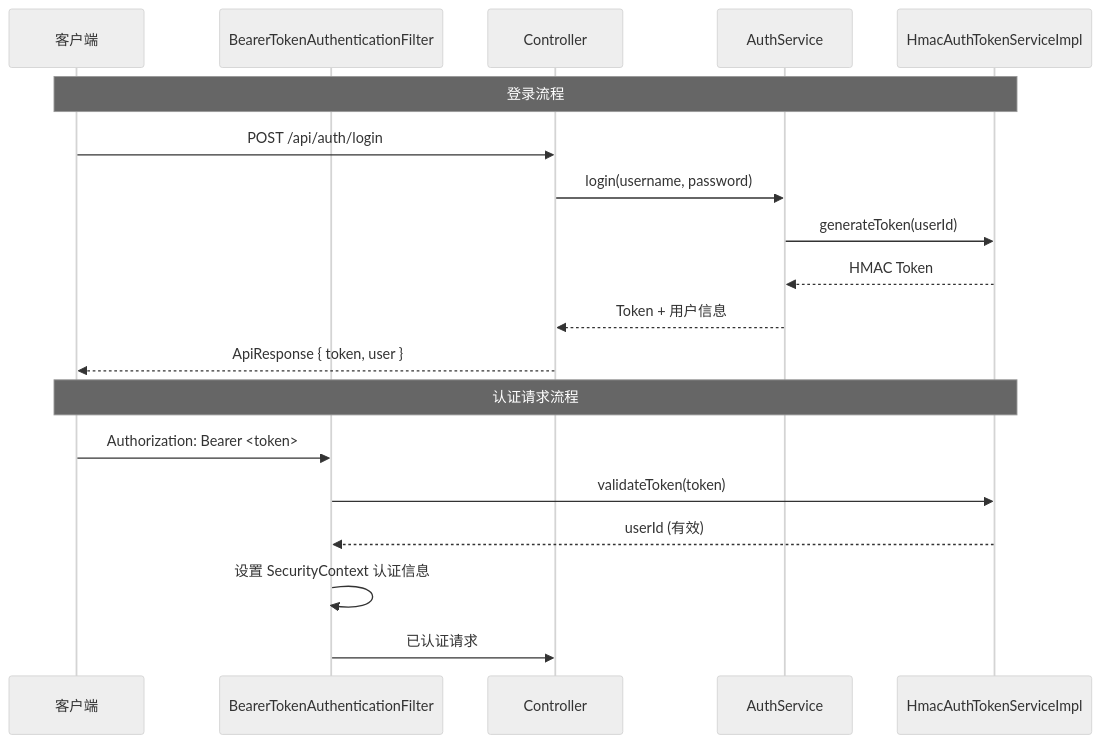
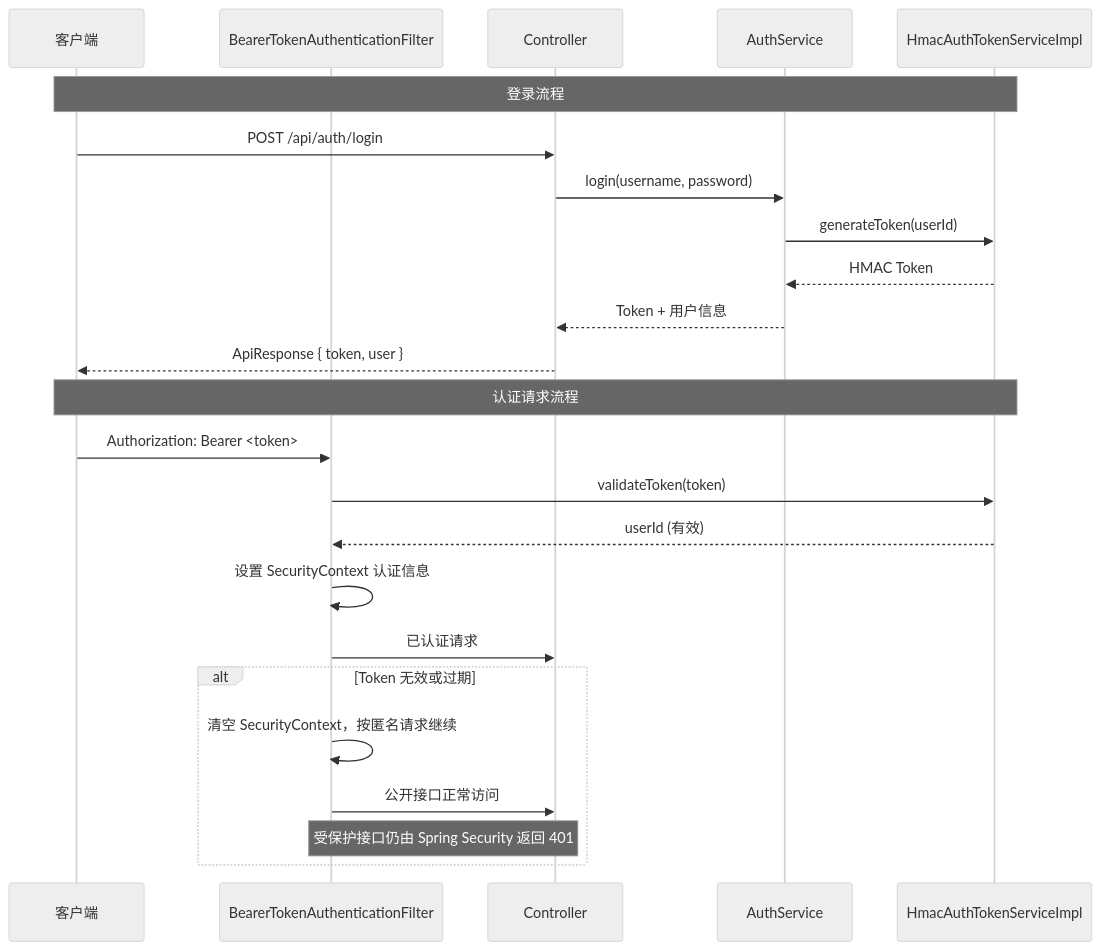
One commit to ZIQI-a/trail-map changed the third of 4 diagrams in docs/wiki/04-后端架构.md. Above: the diagram before and after it, drawn with Mermaid (neutral theme). The commit also changed other lines of this file and 14 other files, not shown here.

````diff
--- a/docs/wiki/04-后端架构.md
+++ b/docs/wiki/04-后端架构.md
@@ -402,23 +402,29 @@
 ```mermaid
 sequenceDiagram
     participant 客户端
     participant Filter as BearerTokenAuthenticationFilter
     participant Controller
     participant AuthService
     participant TokenService as HmacAuthTokenServiceImpl
 
     Note over 客户端, TokenService: 登录流程
     客户端->>Controller: POST /api/auth/login
     Controller->>AuthService: login(username, password)
     AuthService->>TokenService: generateToken(userId)
     TokenService-->>AuthService: HMAC Token
     AuthService-->>Controller: Token + 用户信息
     Controller-->>客户端: ApiResponse { token, user }
 
     Note over 客户端, TokenService: 认证请求流程
     客户端->>Filter: Authorization: Bearer <token>
     Filter->>TokenService: validateToken(token)
     TokenService-->>Filter: userId (有效)
     Filter->>Filter: 设置 SecurityContext 认证信息
     Filter->>Controller: 已认证请求
+
+    alt Token 无效或过期
+        Filter->>Filter: 清空 SecurityContext，按匿名请求继续
+        Filter->>Controller: 公开接口正常访问
+        Note over Filter,Controller: 受保护接口仍由 Spring Security 返回 401
+    end
 ```
````
